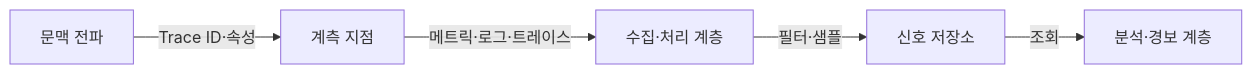
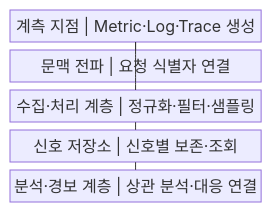
Before and after one commit to agnusdei1207/knowledge-base: the first of 2 diagrams in src/content/docs/notes/03-software/161_cloud_native_observability.md, drawn with Mermaid. The commit also changed other lines of this file and 20 other files, not shown here.

````diff
--- a/src/content/docs/notes/03-software/161_cloud_native_observability.md
+++ b/src/content/docs/notes/03-software/161_cloud_native_observability.md
@@ -60,7 +57,13 @@
 ```mermaid
-flowchart LR
-    I["계측 지점"] -->|"메트릭·로그·트레이스"| C["수집·처리 계층"]
-    P["문맥 전파"] -->|"Trace ID·속성"| I
-    C -->|"필터·샘플"| S["신호 저장소"]
-    S -->|"조회"| A["분석·경보 계층"]
+block
+    columns 1
+    A["계측 지점 | Metric·Log·Trace 생성"]
+    B["문맥 전파 | 요청 식별자 연결"]
+    C["수집·처리 계층 | 정규화·필터·샘플링"]
+    D["신호 저장소 | 신호별 보존·조회"]
+    E["분석·경보 계층 | 상관 분석·대응 연결"]
+    A --- B
+    A --- C
+    C --- D
+    D --- E
 ```
````
